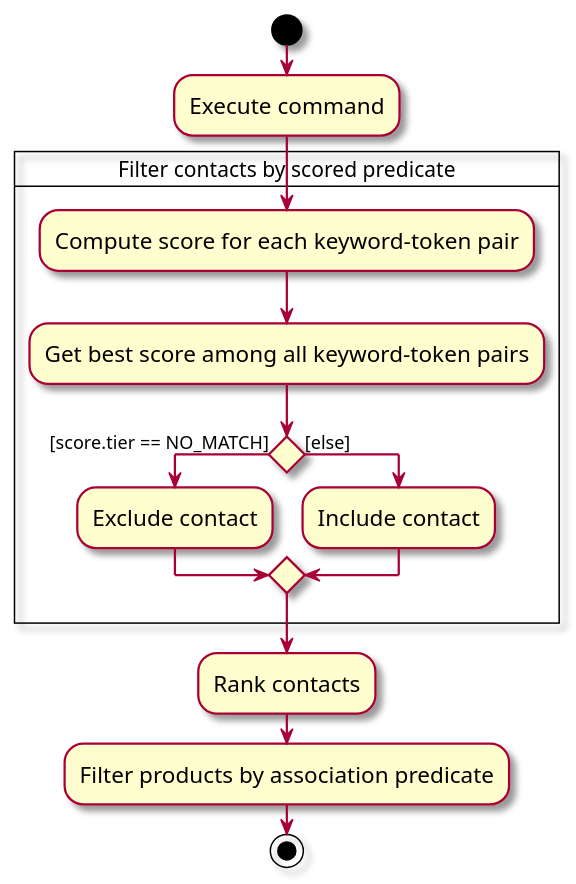
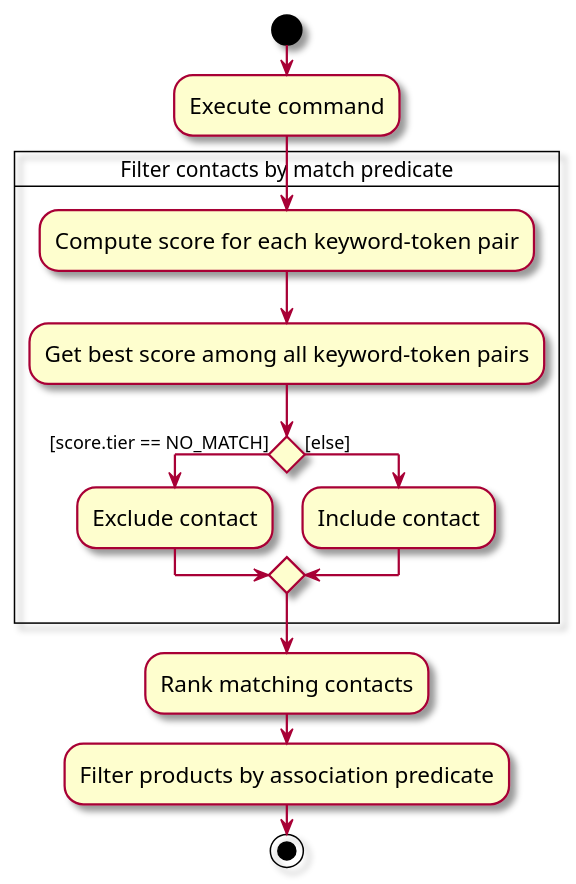
Before and after one commit to jolenechong/tp: the diagram in diagrams/BetterSearchActivity.puml, drawn with PlantUML. The commit also changed 35 other files, not shown here.

```diff
--- a/diagrams/BetterSearchActivity.puml
+++ b/diagrams/BetterSearchActivity.puml
@@ -1,23 +1,23 @@
 @startuml
 skin rose
 skinparam ActivityFontSize 15
 skinparam ArrowFontSize 12
 
 start
 :Execute command;
 
-card Filter contacts by scored predicate {
+card Filter contacts by match predicate {
 :Compute score for each keyword-token pair;
 :Get best score among all keyword-token pairs;
     if () then ([score.tier == NO_MATCH])
         :Exclude contact;
     else ([else])
         :Include contact;
     endif
 }
 
-:Rank contacts;
+:Rank matching contacts;
 :Filter products by association predicate;
 
 stop
 @enduml
```
